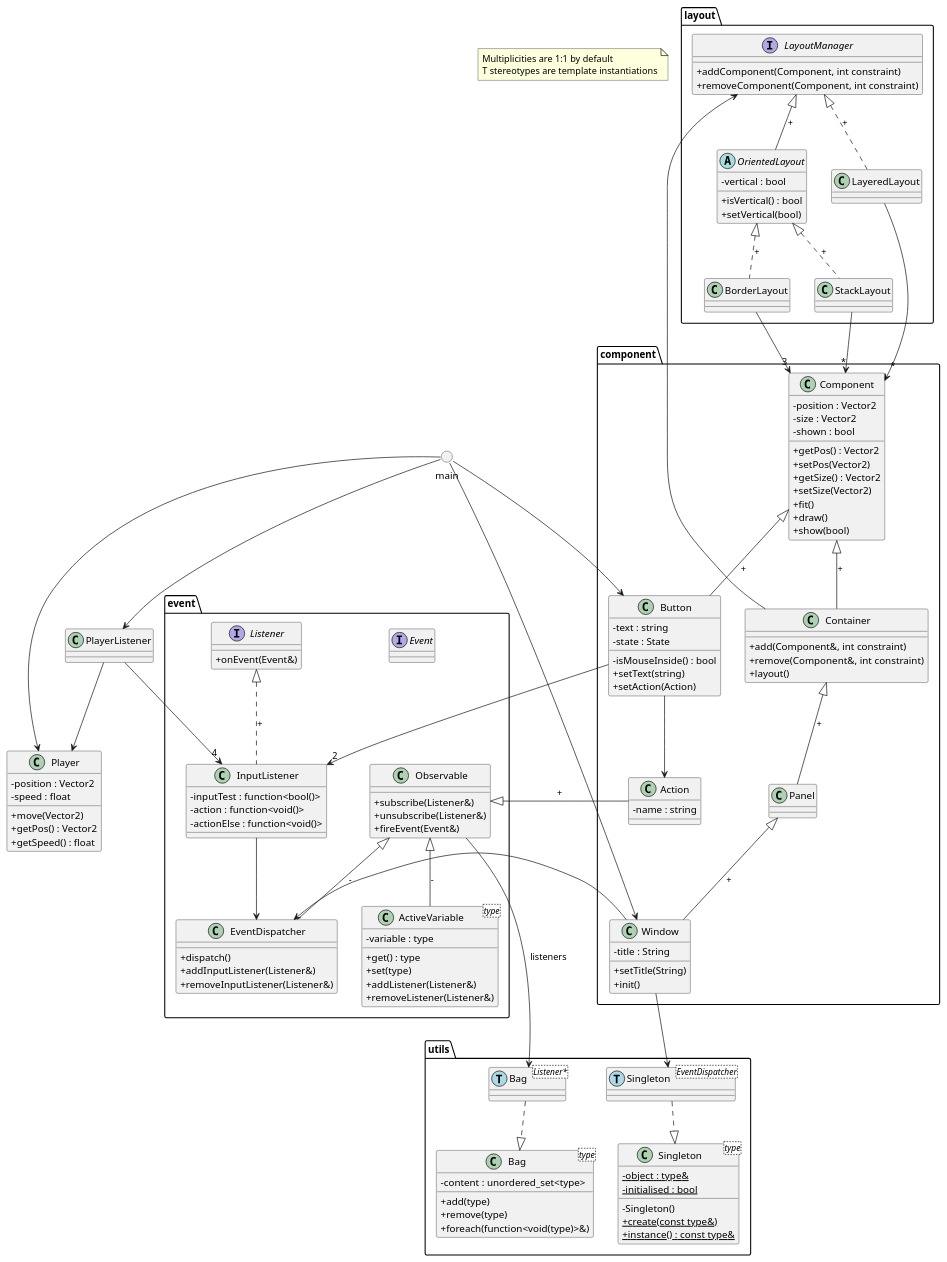
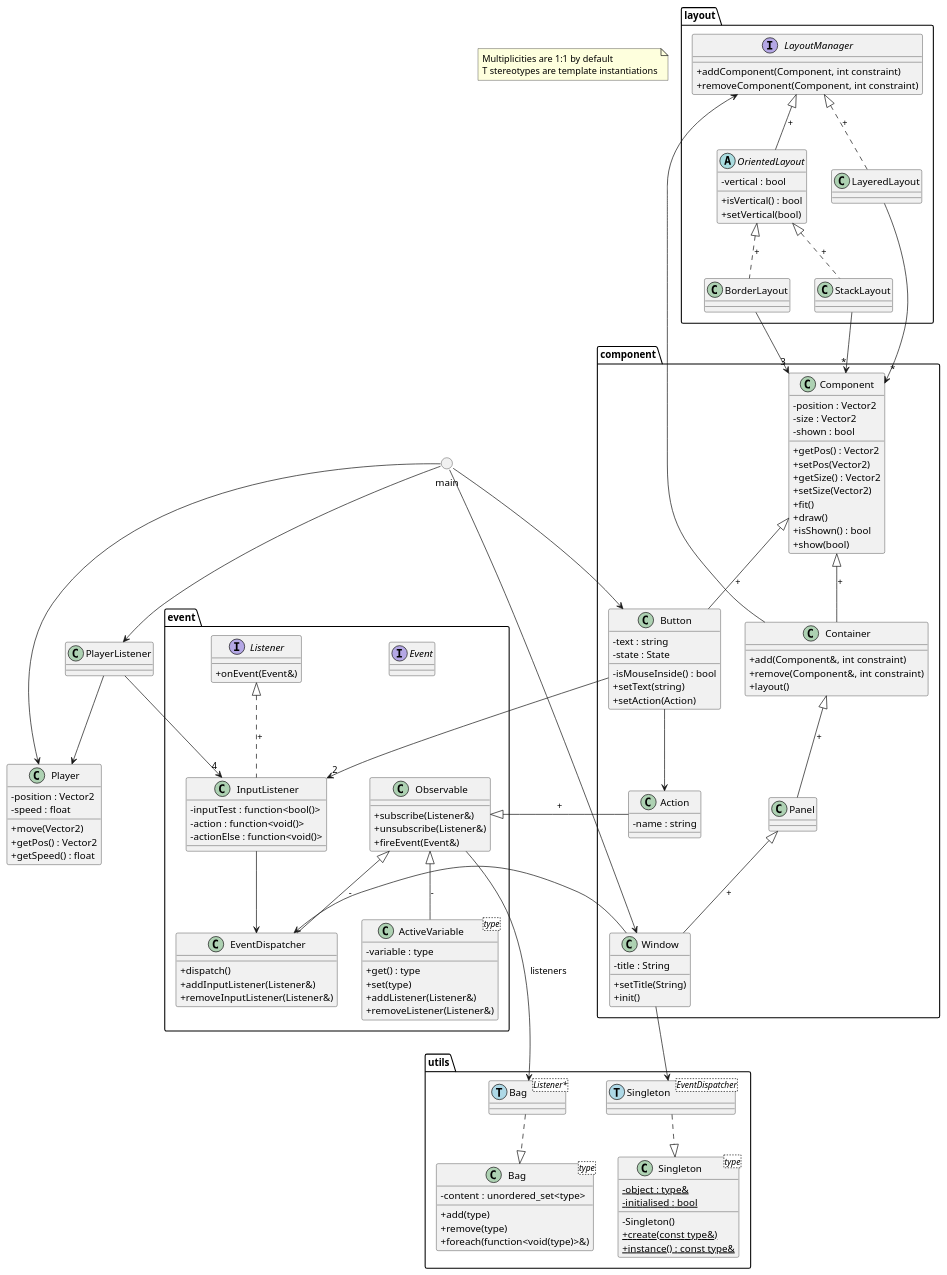
One commit to julesdupuis/CPP-UI-toolkit changed the diagram in project.puml. Above: the diagram before and after it, drawn with PlantUML. The commit also changed 4 other files, not shown here.

```diff
--- a/project.puml
+++ b/project.puml
@@ -1,170 +1,171 @@
 @startuml project
 
 skinparam classAttributeIconSize 0
 
 note as mainNote
     Multiplicities are 1:1 by default
     T stereotypes are template instantiations
 end note
 
 () main
 class Player{
     -position : Vector2
     -speed : float
     +move(Vector2)
     +getPos() : Vector2
     +getSpeed() : float
 }
 class PlayerListener{
 
 }
 
 main --> Player
 main --> PlayerListener
 
 package utils{
     class Bag<type>{
         -content : unordered_set<type>
         +add(type)
         +remove(type)
         +foreach(function<void(type)>&)
     }
     class "Bag<Listener*>" as BagListener <<(T,LightBlue)>>
 
     class Singleton<type>{
         {static} -object : type&
         {static} -initialised : bool
         -Singleton()
         {static} +create(const type&)
         {static} +instance() : const type&
     }
     class "Singleton<EventDispatcher>" as SingletonEventDispatcher <<(T,LightBlue)>>
 }
 
 BagListener ..|> Bag
 SingletonEventDispatcher ..|> Singleton
 
 package event{
     interface Event
     interface Listener{
         +onEvent(Event&)
     }
     class Observable{
         +subscribe(Listener&)
         +unsubscribe(Listener&)
         +fireEvent(Event&)
     }
     class InputListener{
         {field} -inputTest : function<bool()>
         {field} -action : function<void()>
         {field} -actionElse : function<void()>
     }
     class EventDispatcher{
         +dispatch()
         +addInputListener(Listener&)
         +removeInputListener(Listener&)
     }
     class ActiveVariable<type>{
         -variable : type
         +get() : type
         +set(type)
         +addListener(Listener&)
         +removeListener(Listener&)
     }
 }
 
 Listener <|.. InputListener : +
 Observable <|-- EventDispatcher : -
 Observable <|-- ActiveVariable : -
 Observable --> BagListener : listeners
 
 InputListener --> EventDispatcher
 
 package component{
     class Component{
         -position : Vector2
         -size : Vector2
         -shown : bool
         +getPos() : Vector2
         +setPos(Vector2)
         +getSize() : Vector2
         +setSize(Vector2)
         +fit()
         +draw()
+        +isShown() : bool
         +show(bool)
     }
     class Button{
         -text : string
         -state : State
         -isMouseInside() : bool
         +setText(string)
         +setAction(Action)
     }
     class Action{
         -name : string
     }
     class Container{
         +add(Component&, int constraint)
         +remove(Component&, int constraint)
         +layout()
     }
     class Panel{
 
     }
     class Window{
         -title : String
         +setTitle(String)
         +init()
     }
 }
 
 Component <|-- Button : +
 Observable <|-- Action : +
 Component <|-- Container : +
 Container <|-- Panel : +
 Panel <|-- Window : +
 
 Button --> Action
 Button --> "2" InputListener
 
 Window --> EventDispatcher
 Window --> SingletonEventDispatcher
 
 package layout{
     interface LayoutManager{
         +addComponent(Component, int constraint)
         +removeComponent(Component, int constraint)
     }
     abstract class OrientedLayout{
         -vertical : bool
         +isVertical() : bool
         +setVertical(bool)
     }
     class BorderLayout{
 
     }
     class StackLayout{
 
     }
     class LayeredLayout{
 
     }
 }
 
 LayoutManager <|-- OrientedLayout : +
 OrientedLayout <|.. BorderLayout : +
 OrientedLayout <|.. StackLayout : +
 LayoutManager <|.. LayeredLayout : +
 
 Container --> LayoutManager
 BorderLayout --> "3" Component
 StackLayout --> "*" Component
 LayeredLayout --> "*" Component
 
 PlayerListener --> "4" InputListener
 PlayerListener --> Player
 
 main --> Window
 main --> Button
 
 @enduml
```
